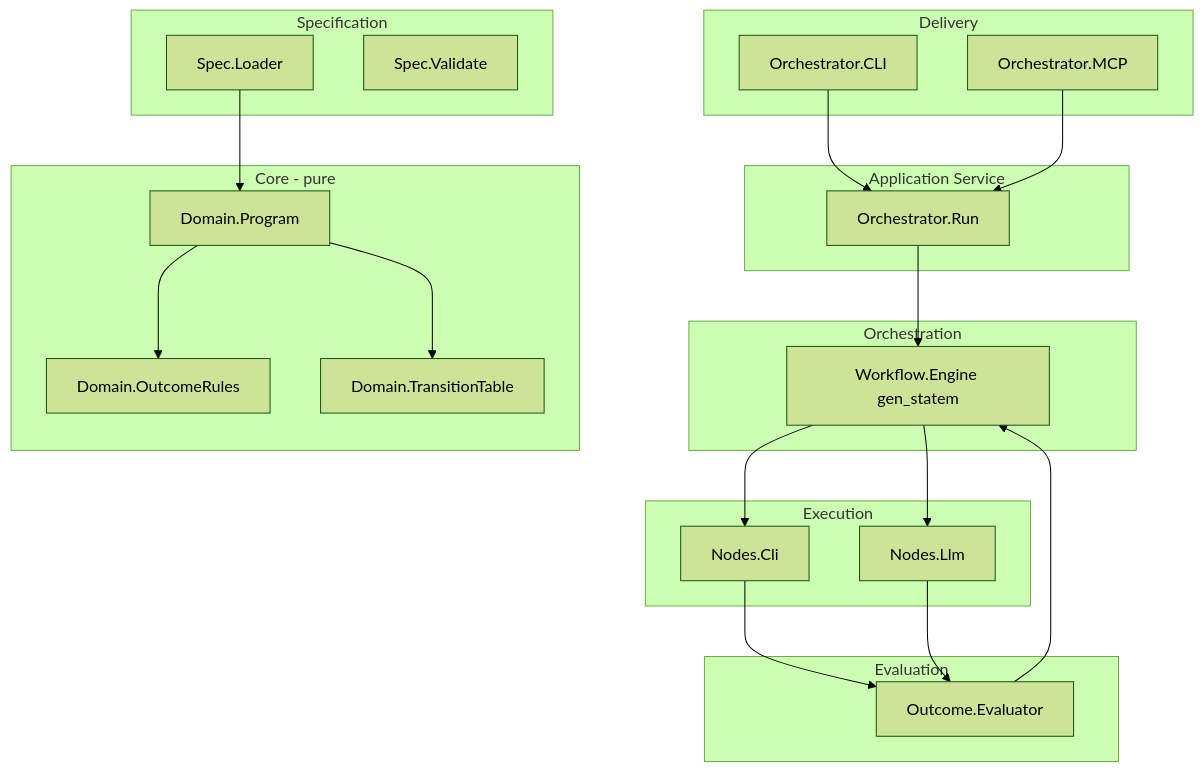
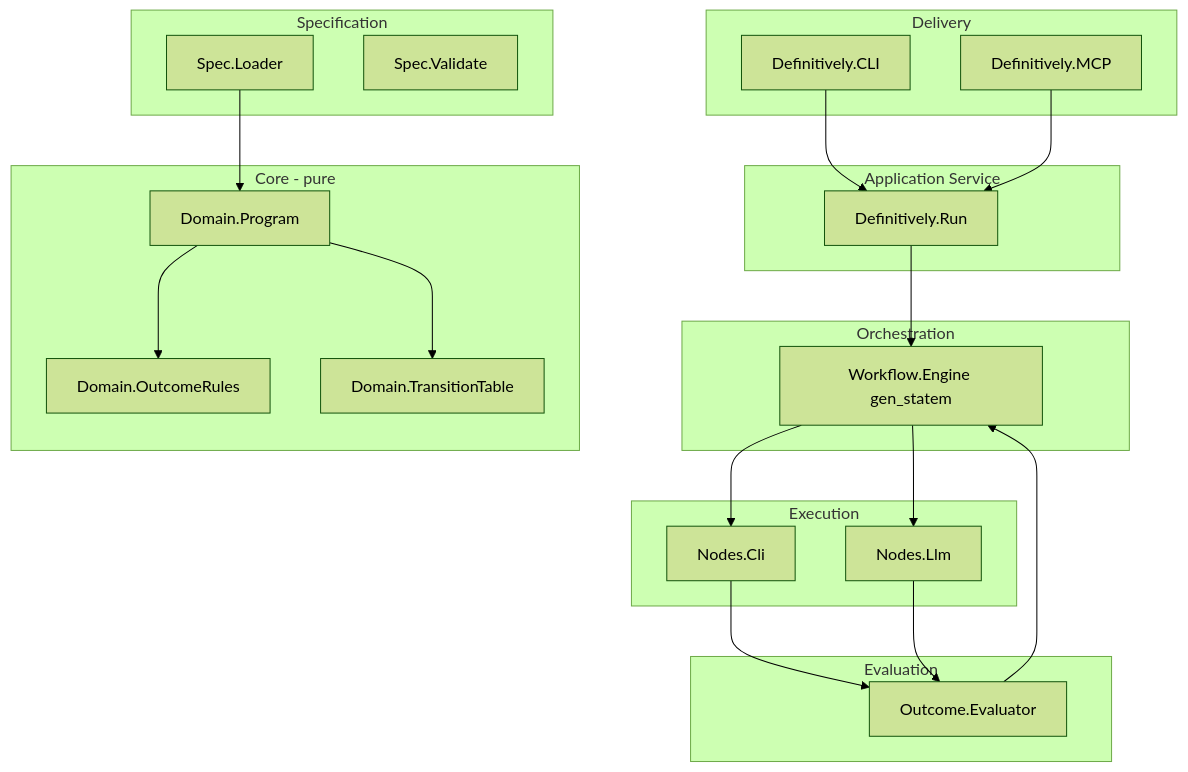
One commit to Industrial/definitively changed the first of 3 diagrams in .cursor/plans/fsm_workflow_ddd_model_be25dfb3.plan.md. Above: the diagram before and after it, drawn with Mermaid (forest theme). The commit also changed other lines of this file and 239 other files, not shown here.

First line of the commit message:
refactor!: rename orchestrator product to definitively (v0.2.0)

````diff
--- a/.cursor/plans/fsm_workflow_ddd_model_be25dfb3.plan.md
+++ b/.cursor/plans/fsm_workflow_ddd_model_be25dfb3.plan.md
@@ -65,47 +65,47 @@
 ```mermaid
 flowchart TB
   subgraph delivery [Delivery]
-    CLI[Orchestrator.CLI]
-    MCP[Orchestrator.MCP]
+    CLI[Definitively.CLI]
+    MCP[Definitively.MCP]
   end
 
   subgraph app [Application Service]
-    Runner[Orchestrator.Run]
+    Runner[Definitively.Run]
   end
 
   subgraph orchestration [Orchestration]
     Engine[Workflow.Engine gen_statem]
   end
 
   subgraph execution [Execution]
     CliExec[Nodes.Cli]
     LlmExec[Nodes.Llm]
   end
 
   subgraph evaluation [Evaluation]
     Eval[Outcome.Evaluator]
   end
 
   subgraph specification [Specification]
     Loader[Spec.Loader]
     Validate[Spec.Validate]
   end
 
   subgraph core [Core - pure]
     Program[Domain.Program]
     Rules[Domain.OutcomeRules]
     Table[Domain.TransitionTable]
   end
 
   CLI --> Runner
   MCP --> Runner
   Runner --> Engine
   Engine --> CliExec
   Engine --> LlmExec
   CliExec --> Eval
   LlmExec --> Eval
   Eval --> Engine
   Loader --> Program
   Program --> Table
   Program --> Rules
 ```
````
